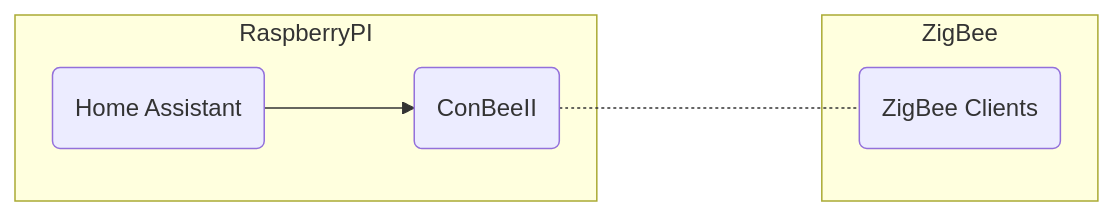
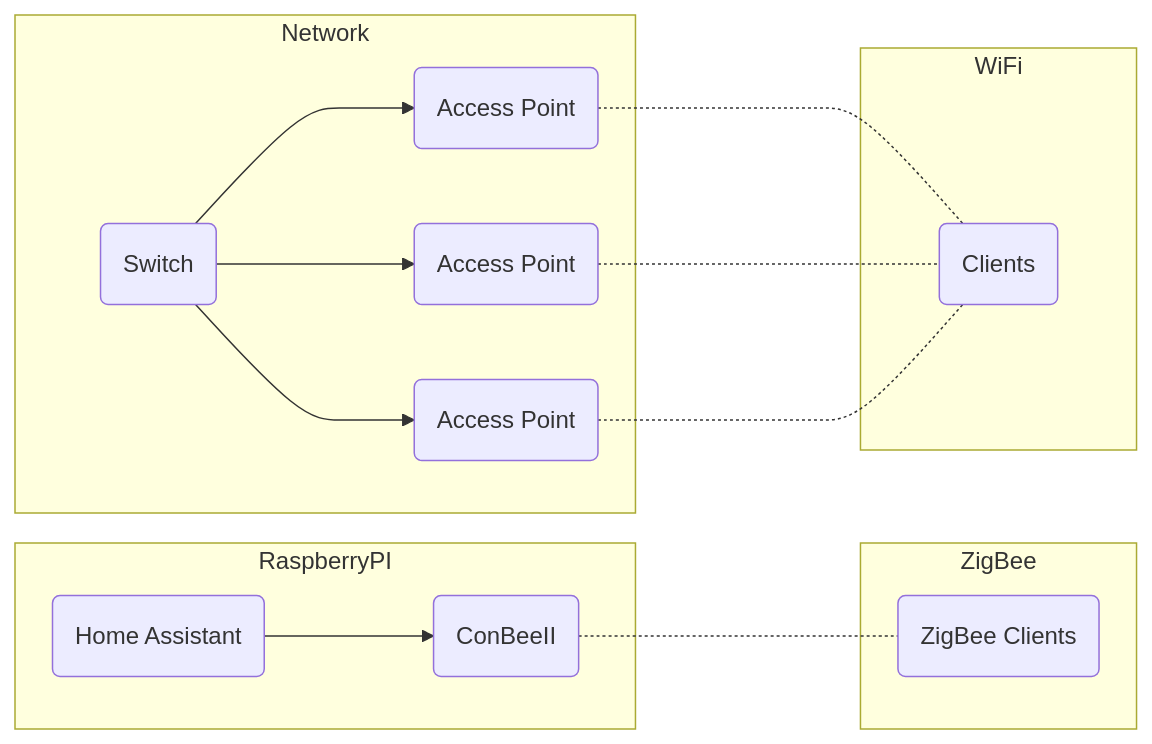
One commit to rangulvers/Homeautomation changed the diagram in README.md. Above: the diagram before and after it, drawn with Mermaid.

````diff
--- a/README.md
+++ b/README.md
@@ -60,9 +60,19 @@
 ```mermaid
     flowchart LR
         subgraph RaspberryPI
-        id1(Home Assistant) ---> id2(ConBeeII)
+        ha1(Home Assistant) ---> ha2(ConBeeII)
         end
         subgraph ZigBee
-        id2 -...- id3(ZigBee Clients)
+        ha2 -...- zb1c(ZigBee Clients)
+        end
+        subgraph Network
+        net1(Switch) ---> net2(Access Point)
+        net1(Switch) ---> net3(Access Point)
+        net1(Switch) ---> net4(Access Point)
+        end
+        subgraph WiFi
+        net2 -...- wifi1(Clients)
+        net3 -...- wifi1(Clients)
+        net4 -...- wifi1(Clients)
         end
 ```
````
